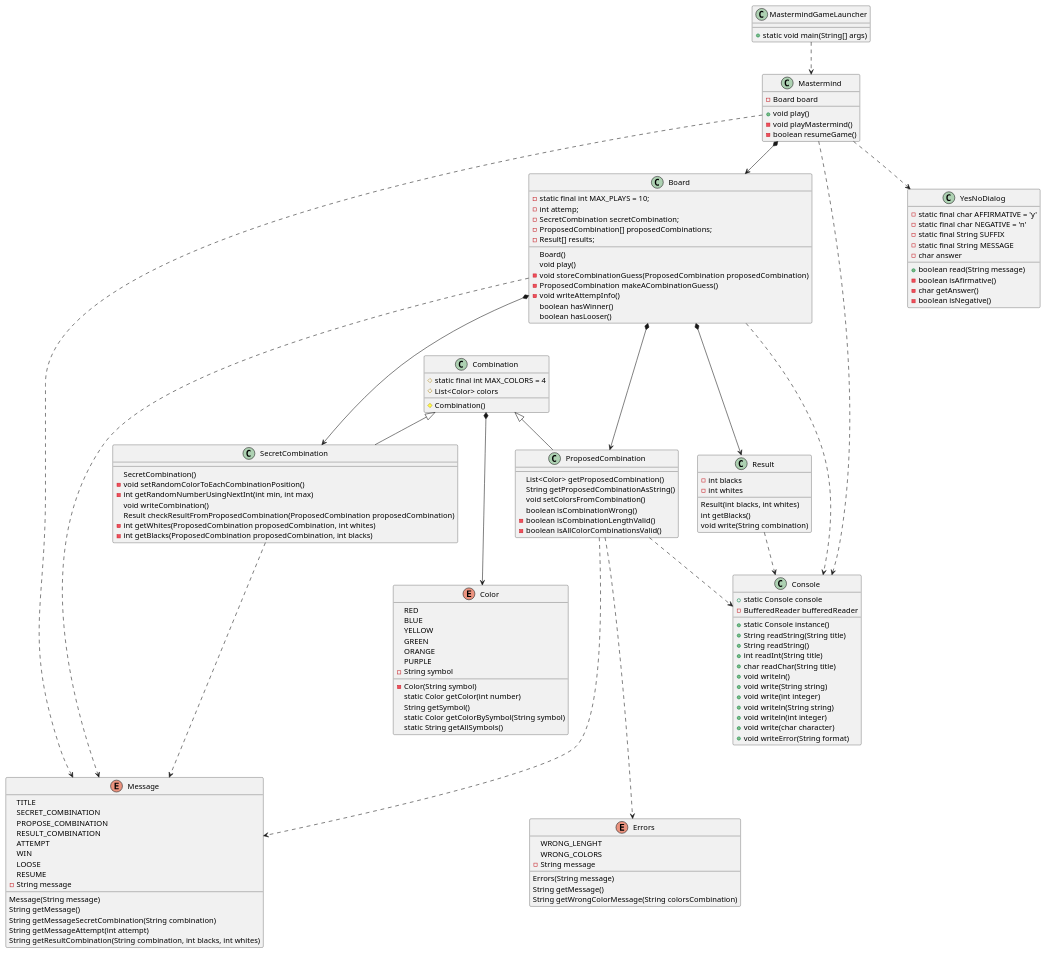
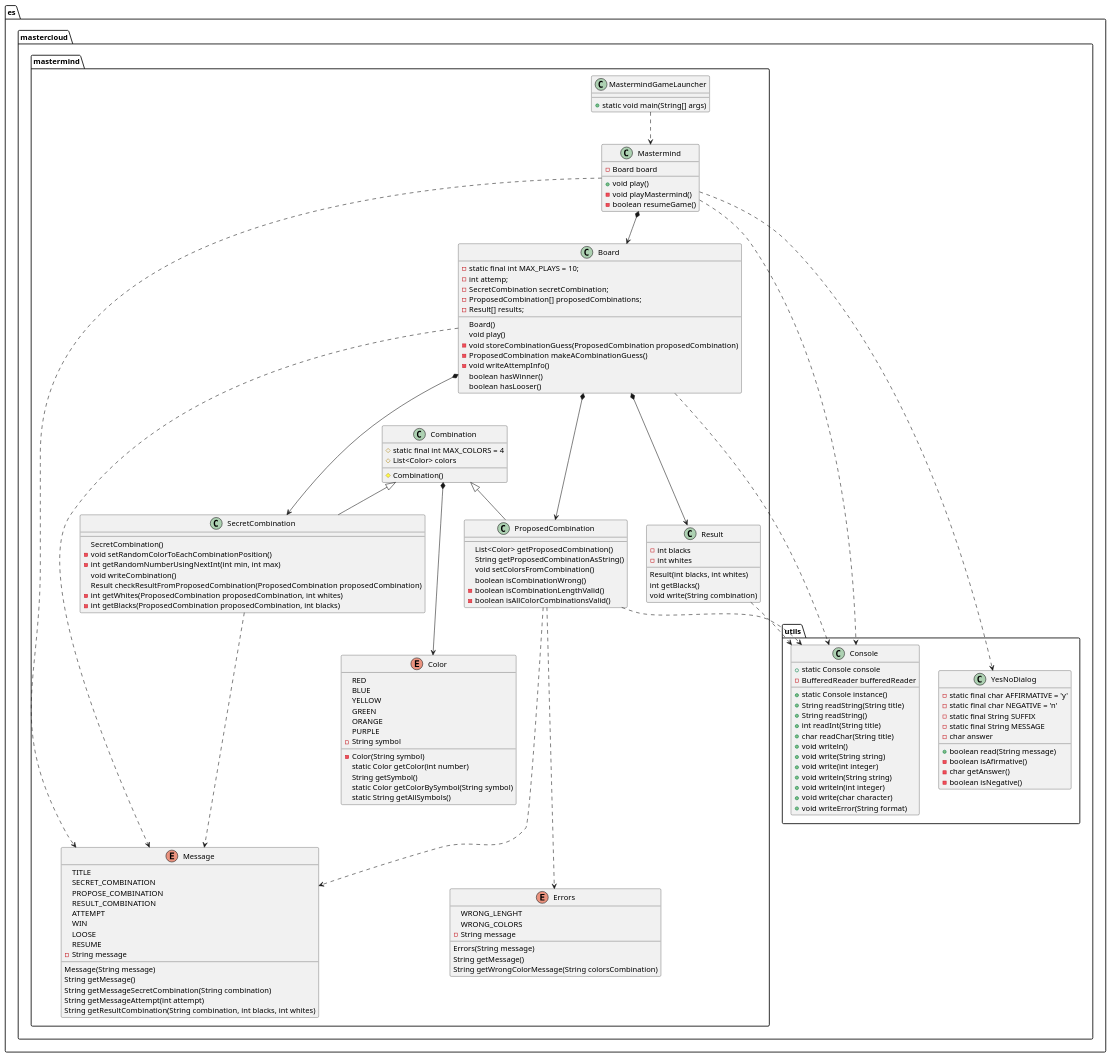
The diagram in diagrams/MastermindClassDiagram.puml (zuldare/masterCloudURJC-1-calidad-softwar), drawn with PlantUML before and after one commit. The commit also changed 18 other files, not shown here.

```diff
--- a/diagrams/MastermindClassDiagram.puml
+++ b/diagrams/MastermindClassDiagram.puml
@@ -1,154 +1,158 @@
 @startuml
 
-class MastermindGameLauncher {
-  + static void main(String[] args)
+package "es.mastercloud.mastermind" {
+  class MastermindGameLauncher {
+    + static void main(String[] args)
+  }
+
+  class Mastermind {
+    - Board board
+    + void play()
+    - void playMastermind()
+    - boolean resumeGame()
+  }
+
+  class Board {
+    - static final int MAX_PLAYS = 10;
+    - int attemp;
+    - SecretCombination secretCombination;
+    - ProposedCombination[] proposedCombinations;
+    - Result[] results;
+    Board()
+    void play()
+    - void storeCombinationGuess(ProposedCombination proposedCombination)
+    - ProposedCombination makeACombinationGuess()
+    - void writeAttempInfo()
+    boolean hasWinner()
+    boolean hasLooser()
+  }
+
+  enum Color {
+    RED
+    BLUE
+    YELLOW
+    GREEN
+    ORANGE
+    PURPLE
+    - String symbol
+    - Color(String symbol)
+    static Color getColor(int number)
+    String getSymbol()
+    static Color getColorBySymbol(String symbol)
+    static String getAllSymbols()
+  }
+
+  class Combination {
+    # static final int MAX_COLORS = 4
+    # List<Color> colors
+    # Combination()
+  }
+
+  class ProposedCombination  {
+    List<Color> getProposedCombination()
+    String getProposedCombinationAsString()
+    void setColorsFromCombination()
+    boolean isCombinationWrong()
+    - boolean isCombinationLengthValid()
+    - boolean isAllColorCombinationsValid()
+  }
+
+  class SecretCombination  {
+    SecretCombination()
+    - void setRandomColorToEachCombinationPosition()
+    - int getRandomNumberUsingNextInt(int min, int max)
+    void writeCombination()
+    Result checkResultFromProposedCombination(ProposedCombination proposedCombination)
+    - int getWhites(ProposedCombination proposedCombination, int whites)
+    - int getBlacks(ProposedCombination proposedCombination, int blacks)
+  }
+
+  class Result {
+    - int blacks
+    - int whites
+    Result(int blacks, int whites)
+    int getBlacks()
+    void write(String combination)
+  }
+
+  enum Errors {
+    WRONG_LENGHT
+    WRONG_COLORS
+    - String message
+    Errors(String message)
+    String getMessage()
+    String getWrongColorMessage(String colorsCombination)
+  }
+
+  enum Message {
+    TITLE
+    SECRET_COMBINATION
+    PROPOSE_COMBINATION
+    RESULT_COMBINATION
+    ATTEMPT
+    WIN
+    LOOSE
+    RESUME
+    - String message
+    Message(String message)
+    String getMessage()
+    String getMessageSecretCombination(String combination)
+    String getMessageAttempt(int attempt)
+    String getResultCombination(String combination, int blacks, int whites)
+  }
 }
 
-class Mastermind {
-  - Board board
-  + void play()
-  - void playMastermind()
-  - boolean resumeGame()
-}
+package "es.mastercloud.utils" {
+  class Console {
+    + static Console console
+    + static Console instance()
+    - BufferedReader bufferedReader
+    + String readString(String title)
+    + String readString()
+    + int readInt(String title)
+    + char readChar(String title)
+    + void writeln()
+    + void write(String string)
+    + void write(int integer)
+    + void writeln(String string)
+    + void writeln(int integer)
+    + void write(char character)
+    + void writeError(String format)
+  }
 
-class Board {
-  - static final int MAX_PLAYS = 10;
-  - int attemp;
-  - SecretCombination secretCombination;
-  - ProposedCombination[] proposedCombinations;
-  - Result[] results;
-  Board()
-  void play()
-  - void storeCombinationGuess(ProposedCombination proposedCombination)
-  - ProposedCombination makeACombinationGuess()
-  - void writeAttempInfo()
-  boolean hasWinner()
-  boolean hasLooser()
-}
-
-enum Color {
-  RED
-  BLUE
-  YELLOW
-  GREEN
-  ORANGE
-  PURPLE
-  - String symbol
-  - Color(String symbol)
-  static Color getColor(int number)
-  String getSymbol()
-  static Color getColorBySymbol(String symbol)
-  static String getAllSymbols()
-}
-
-class Combination {
-  # static final int MAX_COLORS = 4
-  # List<Color> colors
-  # Combination()
-}
-
-class ProposedCombination  {
-  List<Color> getProposedCombination()
-  String getProposedCombinationAsString()
-  void setColorsFromCombination()
-  boolean isCombinationWrong()
-  - boolean isCombinationLengthValid()
-  - boolean isAllColorCombinationsValid()
-}
-
-class SecretCombination  {
-  SecretCombination()
-  - void setRandomColorToEachCombinationPosition()
-  - int getRandomNumberUsingNextInt(int min, int max)
-  void writeCombination()
-  Result checkResultFromProposedCombination(ProposedCombination proposedCombination)
-  - int getWhites(ProposedCombination proposedCombination, int whites)
-  - int getBlacks(ProposedCombination proposedCombination, int blacks)
-}
-
-class Result {
-  - int blacks
-  - int whites
-  Result(int blacks, int whites)
-  int getBlacks()
-  void write(String combination)
-}
-
-enum Errors {
-  WRONG_LENGHT
-  WRONG_COLORS
-  - String message
-  Errors(String message)
-  String getMessage()
-  String getWrongColorMessage(String colorsCombination)
-}
-
-enum Message {
-  TITLE
-  SECRET_COMBINATION
-  PROPOSE_COMBINATION
-  RESULT_COMBINATION
-  ATTEMPT
-  WIN
-  LOOSE
-  RESUME
-  - String message
-  Message(String message)
-  String getMessage()
-  String getMessageSecretCombination(String combination)
-  String getMessageAttempt(int attempt)
-  String getResultCombination(String combination, int blacks, int whites)
-}
-
-class Console {
-	+ static Console console
-	+ static Console instance()
-	- BufferedReader bufferedReader
-	+ String readString(String title)
-	+ String readString()
-	+ int readInt(String title)
-	+ char readChar(String title)
-	+ void writeln()
-	+ void write(String string)
-	+ void write(int integer)
-	+ void writeln(String string)
-	+ void writeln(int integer)
-	+ void write(char character)
-	+ void writeError(String format)
-}
-
-class YesNoDialog {
-	- static final char AFFIRMATIVE = 'y'
-	- static final char NEGATIVE = 'n'
-	- static final String SUFFIX
-	- static final String MESSAGE
-	- char answer
-	+ boolean read(String message)
-	- boolean isAfirmative()
-	- char getAnswer()
-	- boolean isNegative()
+  class YesNoDialog {
+    - static final char AFFIRMATIVE = 'y'
+    - static final char NEGATIVE = 'n'
+    - static final String SUFFIX
+    - static final String MESSAGE
+    - char answer
+    + boolean read(String message)
+    - boolean isAfirmative()
+    - char getAnswer()
+    - boolean isNegative()
+  }
 }
 
 MastermindGameLauncher ..> Mastermind
 Mastermind *-down-> Board
 
 Combination <|-- SecretCombination
 Combination <|-- ProposedCombination
 Board *---> SecretCombination
 Board *---> ProposedCombination
 Board *-down--> Result
 Combination *---> Color
 
 Mastermind ...> Message
 Board ...> Message
 SecretCombination ...> Message
 ProposedCombination ...> Message
 ProposedCombination ...> Errors
 
 Mastermind ..> Console
 Mastermind ..> YesNoDialog
 Board ..> Console
 ProposedCombination ..> Console
 Result ..> Console
 
 @enduml
```
